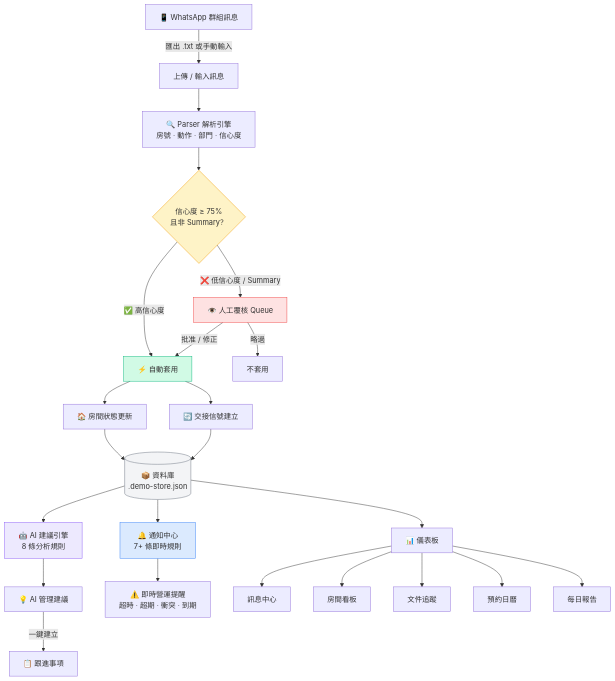
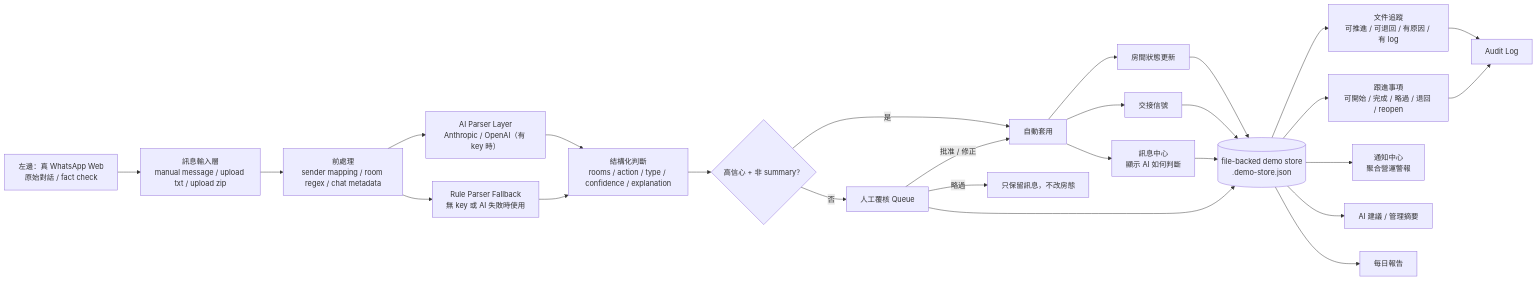
Before and after one commit to AlanW2024/townplace-handoff: the diagram in README.md, drawn with Mermaid. The commit also changed other lines of this file and 26 other files, not shown here.

````diff
--- a/README.md
+++ b/README.md
@@ -17,40 +52,35 @@
 ```mermaid
-flowchart TD
-    WA["📱 WhatsApp 群組訊息"] -->|匯出 .txt 或手動輸入| UPLOAD["上傳 / 輸入訊息"]
-    UPLOAD --> PARSER["🔍 Parser 解析引擎<br/>房號 · 動作 · 部門 · 信心度"]
+flowchart LR
+    WA["左邊：真 WhatsApp Web<br/>原始對話 / fact check"] --> INGEST["訊息輸入層<br/>manual message / upload txt / upload zip"]
+    INGEST --> PRE["前處理<br/>sender mapping / room regex / chat metadata"]
+    PRE --> AI["AI Parser Layer<br/>Anthropic / OpenAI（有 key 時）"]
+    PRE --> RULE["Rule Parser Fallback<br/>無 key 或 AI 失敗時使用"]
 
-    PARSER --> CHECK{信心度 ≥ 75%<br/>且非 Summary？}
+    AI --> DECIDE["結構化判斷<br/>rooms / action / type / confidence / explanation"]
+    RULE --> DECIDE
 
-    CHECK -->|✅ 高信心度| AUTO["⚡ 自動套用"]
-    AUTO --> ROOM["🏠 房間狀態更新"]
-    AUTO --> HANDOFF["🔄 交接信號建立"]
+    DECIDE --> GATE{"高信心 + 非 summary？"}
+    GATE -->|是| APPLY["自動套用"]
+    GATE -->|否| REVIEW["人工覆核 Queue"]
 
-    CHECK -->|❌ 低信心度 / Summary| REVIEW["👁️ 人工覆核 Queue"]
-    REVIEW -->|批准 / 修正| AUTO
-    REVIEW -->|略過| SKIP["不套用"]
+    APPLY --> ROOM["房間狀態更新"]
+    APPLY --> HANDOFF["交接信號"]
+    APPLY --> MSG["訊息中心<br/>顯示 AI 如何判斷"]
 
-    ROOM --> STORE[("📦 資料庫<br/>.demo-store.json")]
+    REVIEW -->|批准 / 修正| APPLY
+    REVIEW -->|略過| HOLD["只保留訊息，不改房態"]
+
+    ROOM --> STORE[("file-backed demo store<br/>.demo-store.json")]
     HANDOFF --> STORE
+    MSG --> STORE
+    REVIEW --> STORE
 
-    STORE --> AI["🤖 AI 建議引擎<br/>8 條分析規則"]
-    STORE --> NOTIF["🔔 通知中心<br/>7+ 條即時規則"]
+    STORE --> DOC["文件追蹤<br/>可推進 / 可退回 / 有原因 / 有 log"]
+    STORE --> FU["跟進事項<br/>可開始 / 完成 / 略過 / 退回 / reopen"]
+    STORE --> NOTIF["通知中心<br/>聚合營運警報"]
+    STORE --> SUGGEST["AI 建議 / 管理摘要"]
+    STORE --> REPORT["每日報告"]
 
-    AI --> SUGGEST["💡 AI 管理建議"]
-    SUGGEST -->|一鍵建立| FOLLOWUP["📋 跟進事項"]
-
-    NOTIF --> ALERT["⚠️ 即時營運提醒<br/>超時 · 超期 · 衝突 · 到期"]
-
-    STORE --> DASH["📊 儀表板"]
-    DASH --> D1["訊息中心"]
-    DASH --> D2["房間看板"]
-    DASH --> D3["文件追蹤"]
-    DASH --> D4["預約日曆"]
-    DASH --> D5["每日報告"]
-
-    style CHECK fill:#FEF3C7,stroke:#F59E0B
-    style AUTO fill:#D1FAE5,stroke:#10B981
-    style REVIEW fill:#FEE2E2,stroke:#EF4444
-    style AI fill:#EDE9FE,stroke:#8B5CF6
-    style NOTIF fill:#DBEAFE,stroke:#3B82F6
-    style STORE fill:#F3F4F6,stroke:#6B7280
+    DOC --> AUDIT["Audit Log"]
+    FU --> AUDIT
 ```
````
